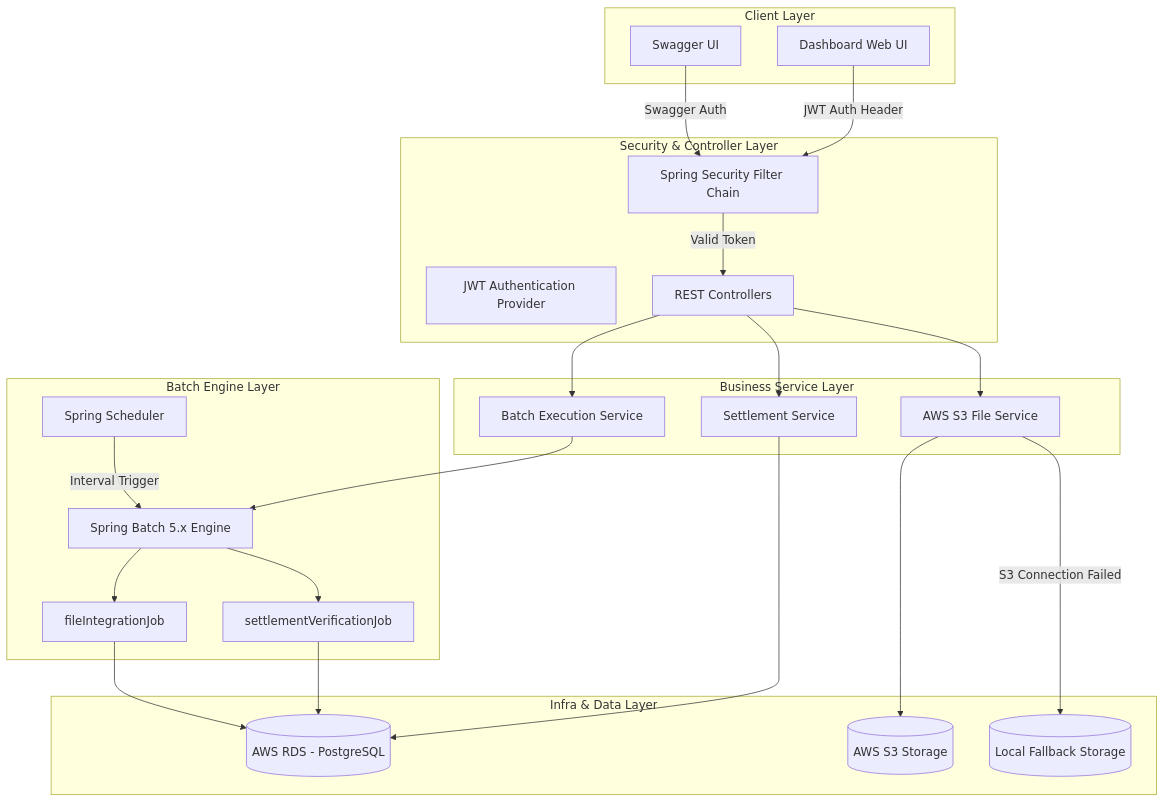
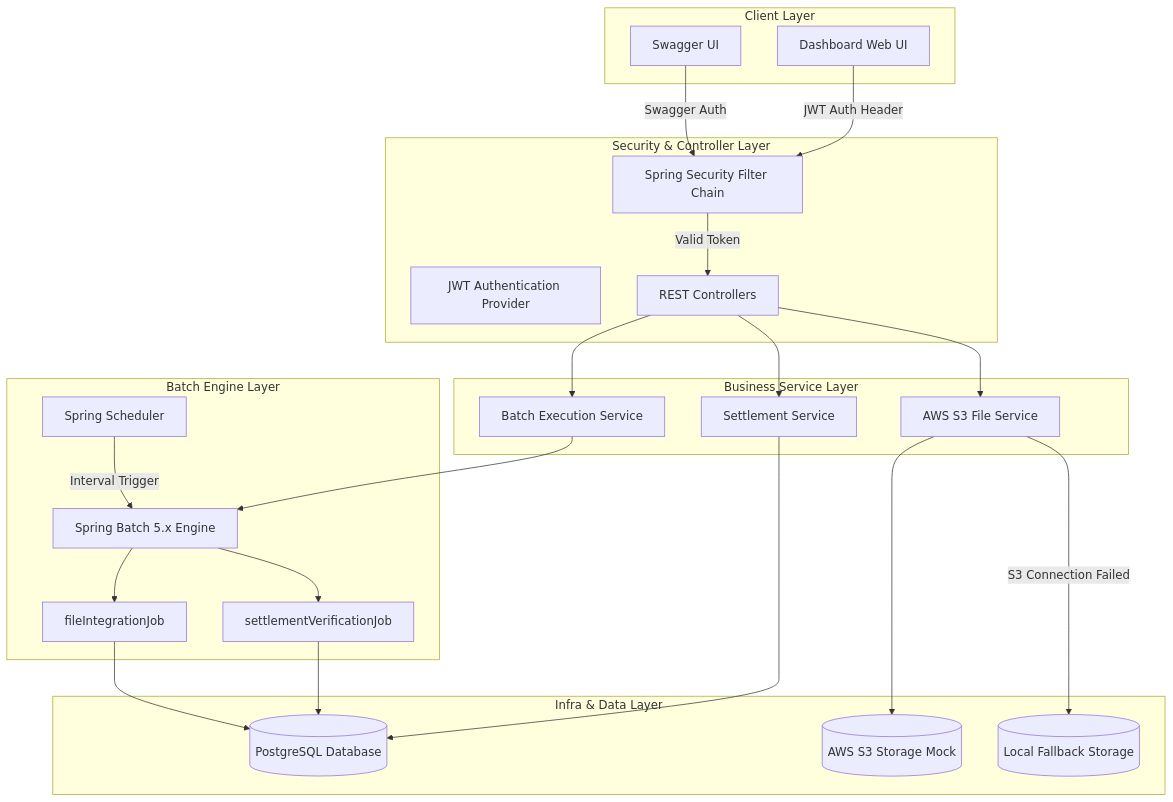
One commit to yun-dev-cmd/bizflow-ops-platform changed the first of 3 diagrams in docs/architecture.md. Above: the diagram before and after it, drawn with Mermaid. The commit also changed other lines of this file and 3 other files, not shown here.

````diff
--- a/docs/architecture.md
+++ b/docs/architecture.md
@@ -11,55 +11,55 @@
 ```mermaid
 graph TD
     subgraph Client Layer
         WebUI[Dashboard Web UI]
         Swagger[Swagger UI]
     end
 
     subgraph Security & Controller Layer
         SecFilter[Spring Security Filter Chain]
         JWT[JWT Authentication Provider]
         API[REST Controllers]
     end
 
     subgraph Business Service Layer
         SettlementSvc[Settlement Service]
         FileSvc[AWS S3 File Service]
         BatchSvc[Batch Execution Service]
     end
 
     subgraph Batch Engine Layer
         Scheduler[Spring Scheduler]
         BatchEngine[Spring Batch 5.x Engine]
         verifyJob[settlementVerificationJob]
         fileJob[fileIntegrationJob]
     end
 
     subgraph Infra & Data Layer
-        RDS[(AWS RDS - PostgreSQL)]
-        S3[(AWS S3 Storage)]
+        RDS[(PostgreSQL Database)]
+        S3[(AWS S3 Storage Mock)]
         LocalDir[(Local Fallback Storage)]
     end
 
     %% Client -> Security & API
     WebUI -->|JWT Auth Header| SecFilter
     Swagger -->|Swagger Auth| SecFilter
     SecFilter -->|Valid Token| API
     
     %% API -> Service
     API --> SettlementSvc
     API --> FileSvc
     API --> BatchSvc
 
     %% Service -> Batch/Infra
     SettlementSvc --> RDS
     FileSvc --> S3
     FileSvc -->|S3 Connection Failed| LocalDir
     BatchSvc --> BatchEngine
     
     %% Scheduler/Engine
     Scheduler -->|Interval Trigger| BatchEngine
     BatchEngine --> verifyJob
     BatchEngine --> fileJob
     verifyJob --> RDS
     fileJob --> RDS
 ```
````
